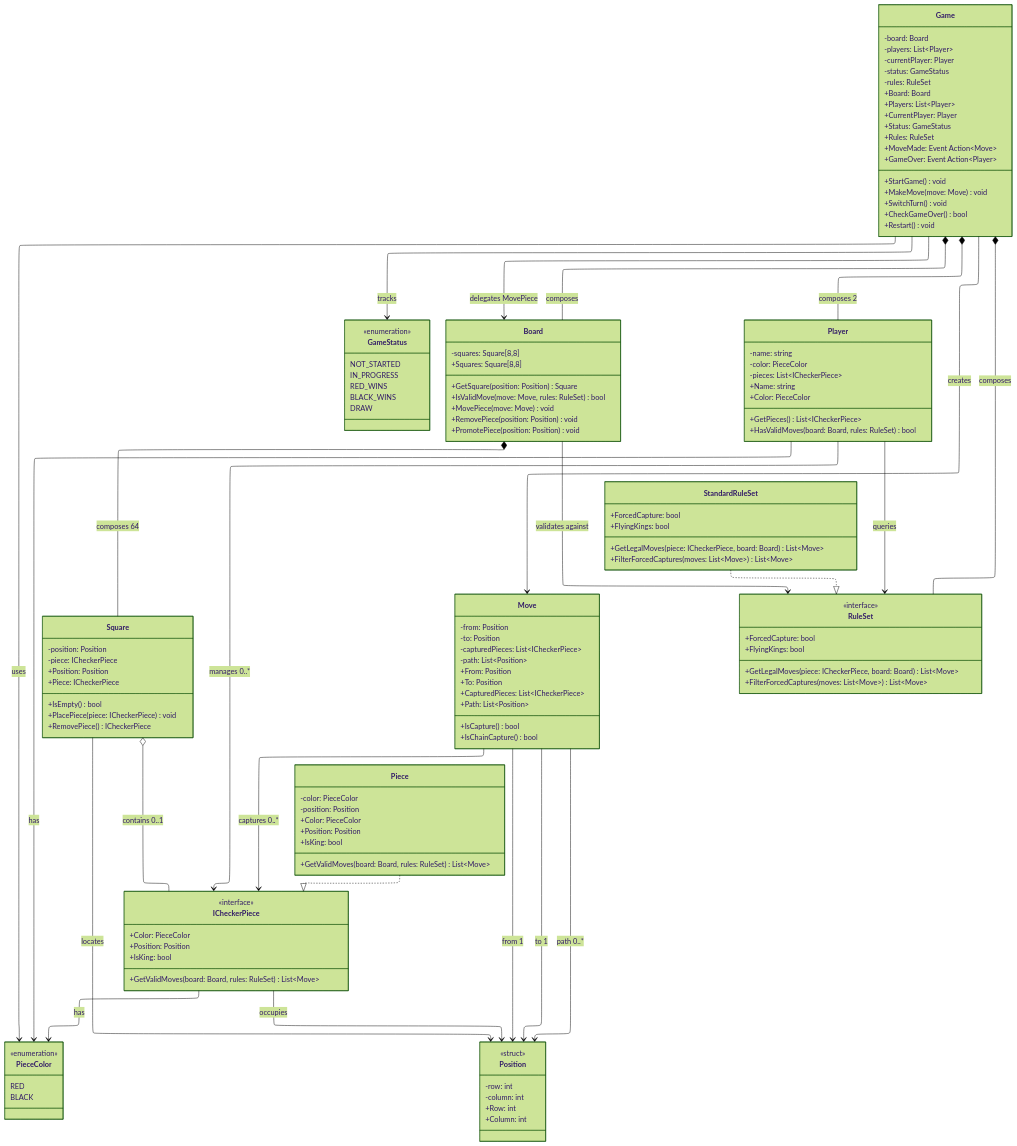
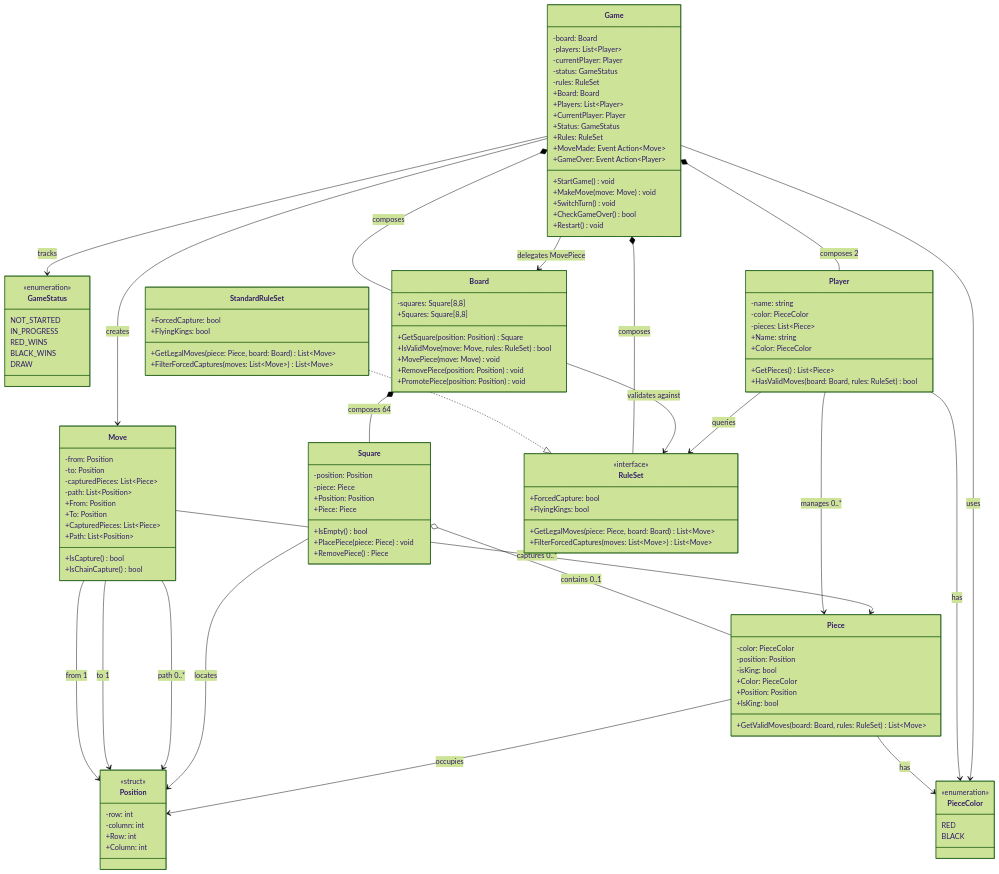
The diagram in CheckersBoardgameClassDiagram/mermaid.md (Dvizio/Batch20), drawn with Mermaid (forest theme) before and after one commit.

````diff
--- a/CheckersBoardgameClassDiagram/mermaid.md
+++ b/CheckersBoardgameClassDiagram/mermaid.md
@@ -1,8 +1,5 @@
 ```mermaid
----
-config:
-  layout: elk
----
+
 classDiagram
   direction TB
 
@@ -31,19 +28,11 @@
     +Column: int
   }
 
-  %% Core Interface
-  class ICheckerPiece {
-    <<interface>>
-    +Color: PieceColor
-    +Position: Position
-    +IsKing: bool
-    +GetValidMoves(board: Board, rules: RuleSet) List~Move~
-  }
-
-  %% Single Piece implementation (was Pawn/King split)
+  %% Single Piece class (no interface - only one piece type exists)
   class Piece {
     -color: PieceColor
     -position: Position
+    -isKing: bool
     +Color: PieceColor
     +Position: Position
     +IsKing: bool
@@ -53,12 +42,12 @@
   %% Board and Square
   class Square {
     -position: Position
-    -piece: ICheckerPiece
+    -piece: Piece
     +Position: Position
-    +Piece: ICheckerPiece
+    +Piece: Piece
     +IsEmpty() bool
-    +PlacePiece(piece: ICheckerPiece) void
-    +RemovePiece() ICheckerPiece
+    +PlacePiece(piece: Piece) void
+    +RemovePiece() Piece
   }
 
   class Board {
@@ -75,11 +64,11 @@
   class Move {
     -from: Position
     -to: Position
-    -capturedPieces: List~ICheckerPiece~
+    -capturedPieces: List~Piece~
     -path: List~Position~
     +From: Position
     +To: Position
-    +CapturedPieces: List~ICheckerPiece~
+    +CapturedPieces: List~Piece~
     +Path: List~Position~
     +IsCapture() bool
     +IsChainCapture() bool
@@ -90,14 +79,14 @@
     <<interface>>
     +ForcedCapture: bool
     +FlyingKings: bool
-    +GetLegalMoves(piece: ICheckerPiece, board: Board) List~Move~
+    +GetLegalMoves(piece: Piece, board: Board) List~Move~
     +FilterForcedCaptures(moves: List~Move~) List~Move~
   }
 
   class StandardRuleSet {
     +ForcedCapture: bool
     +FlyingKings: bool
-    +GetLegalMoves(piece: ICheckerPiece, board: Board) List~Move~
+    +GetLegalMoves(piece: Piece, board: Board) List~Move~
     +FilterForcedCaptures(moves: List~Move~) List~Move~
   }
 
@@ -105,10 +94,10 @@
   class Player {
     -name: string
     -color: PieceColor
-    -pieces: List~ICheckerPiece~
+    -pieces: List~Piece~
     +Name: string
     +Color: PieceColor
-    +GetPieces() List~ICheckerPiece~
+    +GetPieces() List~Piece~
     +HasValidMoves(board: Board, rules: RuleSet) bool
   }
 
@@ -136,7 +125,6 @@
   %% Relationships
 
   %% Interface Implementation
-  Piece ..|> ICheckerPiece
   StandardRuleSet ..|> RuleSet
 
   %% Composition: Game owns Board
@@ -146,13 +134,13 @@
   Board *-- Square : composes 64
 
   %% Association: Square is the single source of truth for piece location
-  Square o-- ICheckerPiece : contains 0..1
+  Square o-- Piece : contains 0..1
 
   %% Composition: Game owns Players
   Game *-- Player : composes 2
 
   %% Association: Player has multiple pieces
-  Player --> ICheckerPiece : manages 0..*
+  Player --> Piece : manages 0..*
 
   %% Association: Move references positions
   Move --> Position : from 1
@@ -160,7 +148,7 @@
   Move --> Position : path 0..*
 
   %% Association: Move may capture pieces (chain capture support)
-  Move --> ICheckerPiece : captures 0..*
+  Move --> Piece : captures 0..*
 
   %% Dependency: Game uses Move; Board is the sole mutator
   Game --> Move : creates
@@ -173,10 +161,10 @@
 
   %% Value Object: Position used throughout
   Square --> Position : locates
-  ICheckerPiece --> Position : occupies
+  Piece --> Position : occupies
 
   %% Enumerations used
-  ICheckerPiece --> PieceColor : has
+  Piece --> PieceColor : has
   Player --> PieceColor : has
   Game --> GameStatus : tracks
   Game --> PieceColor : uses
````
